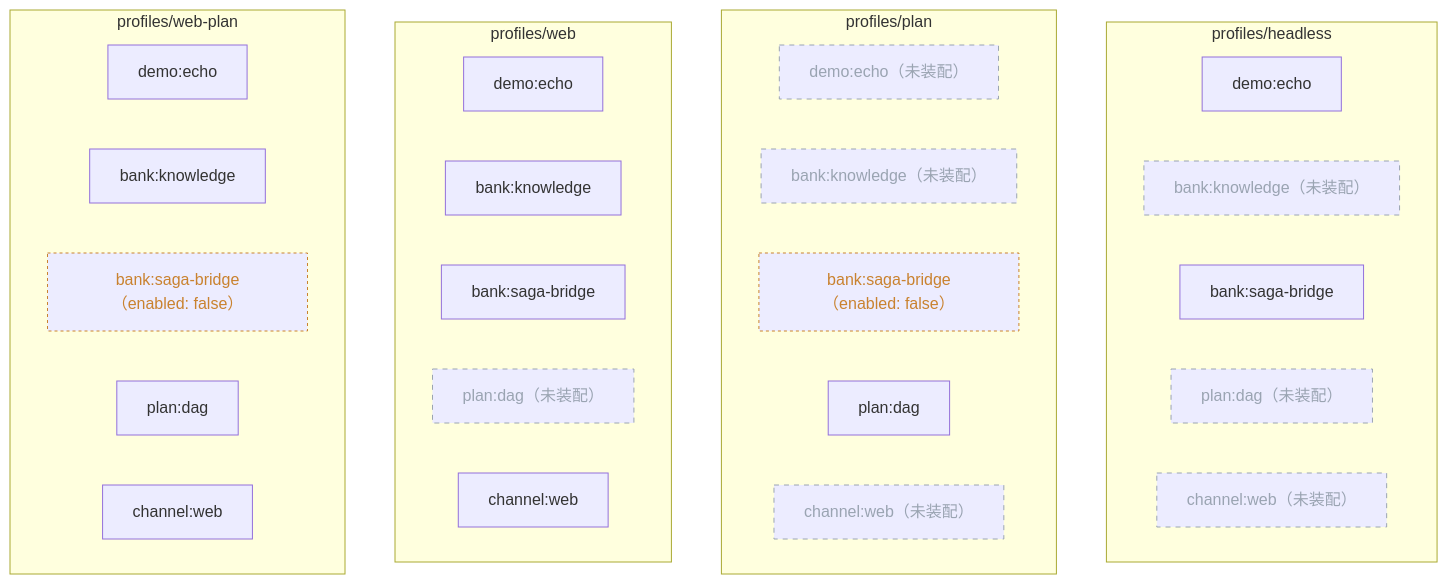
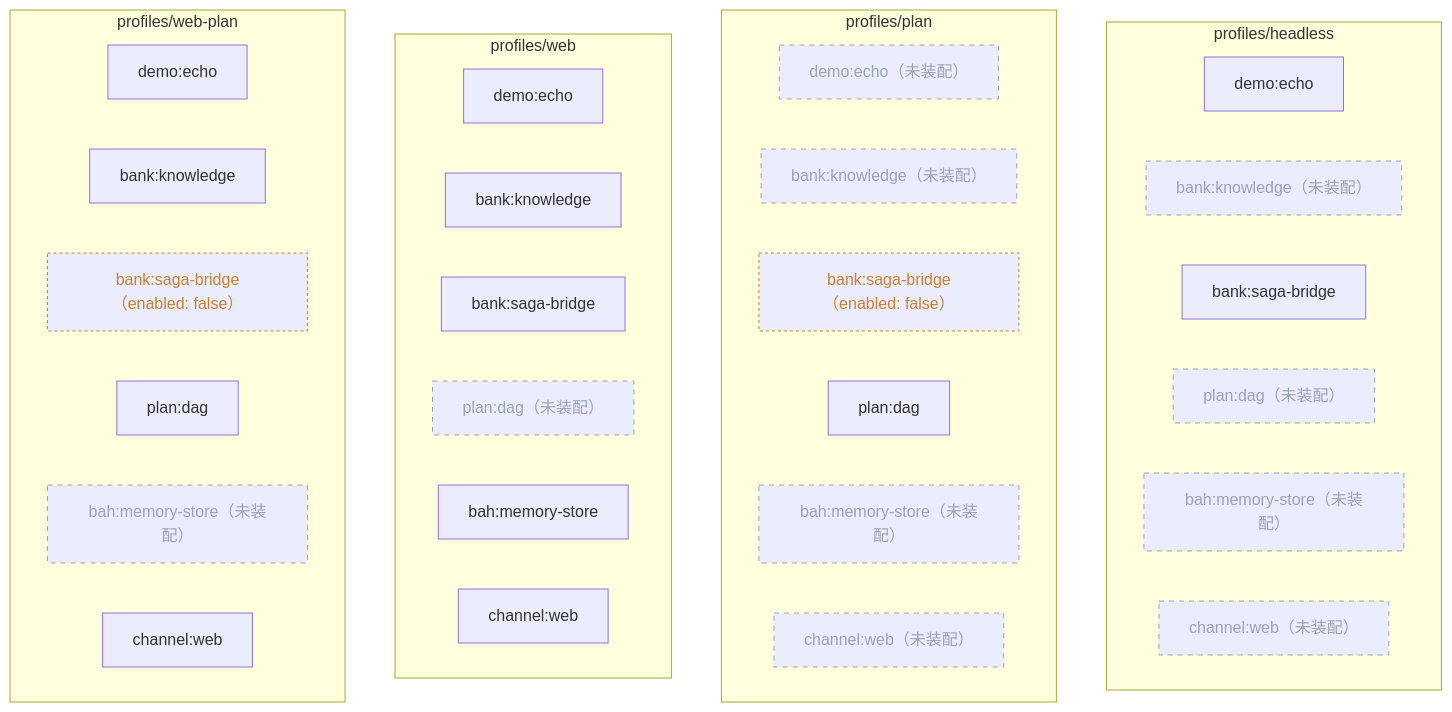
The second of 2 diagrams in docs/architecture.md (YYYPROBEE/BAH), drawn with Mermaid before and after one commit. The commit also changed other lines of this file and 19 other files, not shown here.

````diff
--- a/docs/architecture.md
+++ b/docs/architecture.md
@@ -179,35 +179,39 @@
 ```mermaid
 graph TB
   subgraph P_headless["profiles/headless"]
     p7_headless["demo:echo"]
     p9_headless["bank:knowledge（未装配）"]
     p17_headless["bank:saga-bridge"]
     p18_headless["plan:dag（未装配）"]
+    p19_headless["bah:memory-store（未装配）"]
     p20_headless["channel:web（未装配）"]
   end
   subgraph P_plan["profiles/plan"]
     p7_plan["demo:echo（未装配）"]
     p9_plan["bank:knowledge（未装配）"]
     p17_plan["bank:saga-bridge（enabled: false）"]
     p18_plan["plan:dag"]
+    p19_plan["bah:memory-store（未装配）"]
     p20_plan["channel:web（未装配）"]
   end
   subgraph P_web["profiles/web"]
     p7_web["demo:echo"]
     p9_web["bank:knowledge"]
     p17_web["bank:saga-bridge"]
     p18_web["plan:dag（未装配）"]
+    p19_web["bah:memory-store"]
     p20_web["channel:web"]
   end
   subgraph P_web-plan["profiles/web-plan"]
     p7_web-plan["demo:echo"]
     p9_web-plan["bank:knowledge"]
     p17_web-plan["bank:saga-bridge（enabled: false）"]
     p18_web-plan["plan:dag"]
+    p19_web-plan["bah:memory-store（未装配）"]
     p20_web-plan["channel:web"]
   end
   classDef ghost stroke-dasharray: 5 5,stroke:#9aa4b2,color:#9aa4b2
   classDef off stroke-dasharray: 3 3,stroke:#c9822f,color:#c9822f
-  class p9_headless,p18_headless,p20_headless,p7_plan,p9_plan,p20_plan,p18_web ghost
+  class p9_headless,p18_headless,p19_headless,p20_headless,p7_plan,p9_plan,p19_plan,p20_plan,p18_web,p19_web-plan ghost
   class p17_plan,p17_web-plan off
 ```
````
